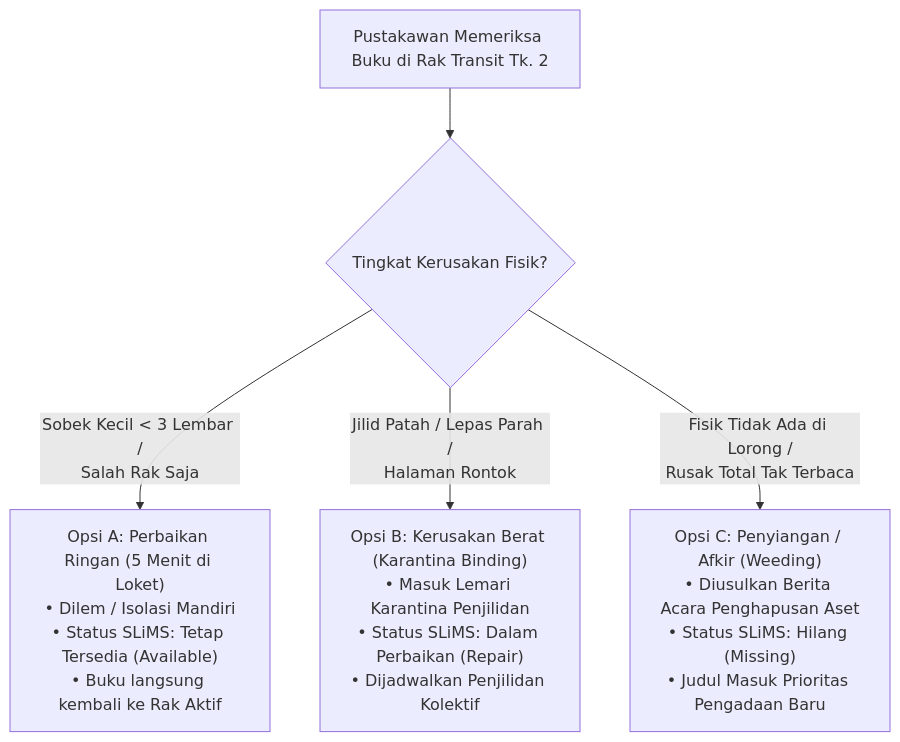
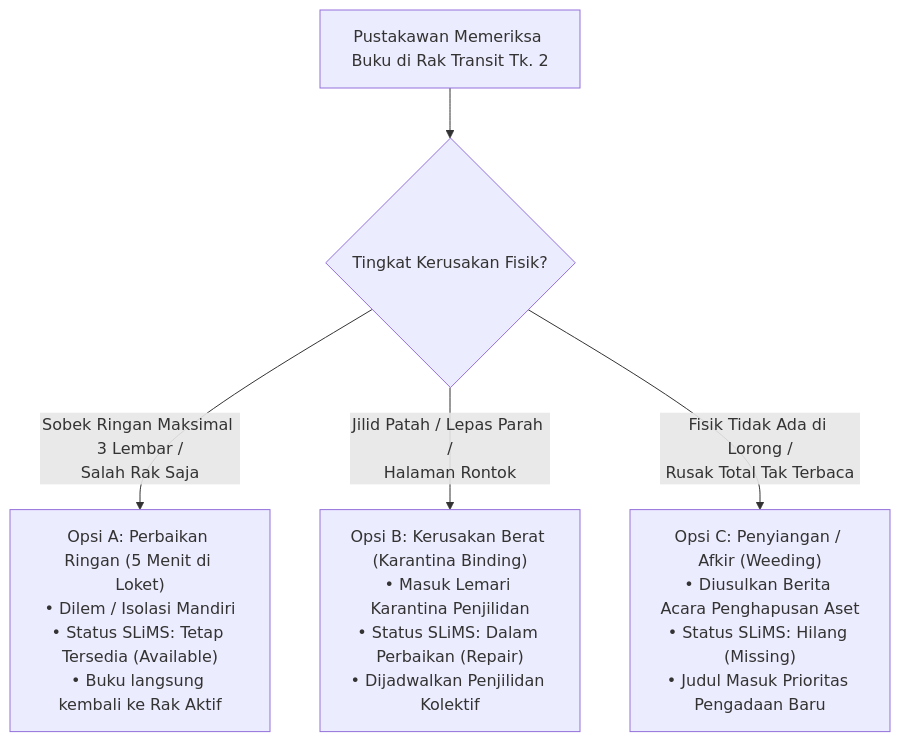
One commit to Ganyo404/PMSI changed the second of 3 diagrams in 08_ARTEFAK/BUKU_PEDOMAN_SOP_FISIK_SIMPEL_KOLEKSI_FT_UNY.md. Above: the diagram before and after it, drawn with Mermaid.

Commit message:
fix(sop): resolve mermaid syntax escaping in triase flowchart

````diff
--- a/08_ARTEFAK/BUKU_PEDOMAN_SOP_FISIK_SIMPEL_KOLEKSI_FT_UNY.md
+++ b/08_ARTEFAK/BUKU_PEDOMAN_SOP_FISIK_SIMPEL_KOLEKSI_FT_UNY.md
@@ -306,10 +306,10 @@
 ```mermaid
 flowchart TD
     Start["Pustakawan Memeriksa Buku di Rak Transit Tk. 2"] --> Inspect{"Tingkat Kerusakan Fisik?"}
     
-    Inspect -->|"Sobek Kecil < 3 Lembar /<br/>Salah Rak Saja"| OptA["Opsi A: Perbaikan Ringan (5 Menit di Loket)<br/>• Dilem / Isolasi Mandiri<br/>• Status SLiMS: Tetap Tersedia (Available)<br/>• Buku langsung kembali ke Rak Aktif"]
+    Inspect -->|"Sobek Ringan Maksimal 3 Lembar /<br/>Salah Rak Saja"| OptA["Opsi A: Perbaikan Ringan (5 Menit di Loket)<br/>• Dilem / Isolasi Mandiri<br/>• Status SLiMS: Tetap Tersedia (Available)<br/>• Buku langsung kembali ke Rak Aktif"]
     
     Inspect -->|"Jilid Patah / Lepas Parah /<br/>Halaman Rontok"| OptB["Opsi B: Kerusakan Berat (Karantina Binding)<br/>• Masuk Lemari Karantina Penjilidan<br/>• Status SLiMS: Dalam Perbaikan (Repair)<br/>• Dijadwalkan Penjilidan Kolektif"]
     
     Inspect -->|"Fisik Tidak Ada di Lorong /<br/>Rusak Total Tak Terbaca"| OptC["Opsi C: Penyiangan / Afkir (Weeding)<br/>• Diusulkan Berita Acara Penghapusan Aset<br/>• Status SLiMS: Hilang (Missing)<br/>• Judul Masuk Prioritas Pengadaan Baru"]
 ```
````
